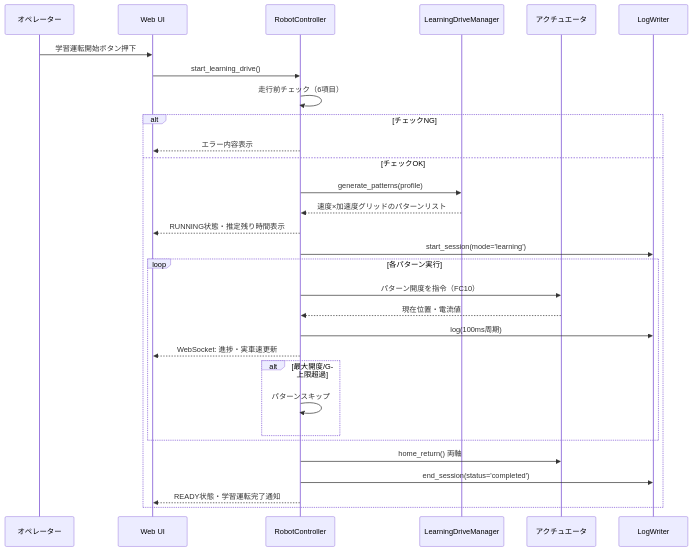
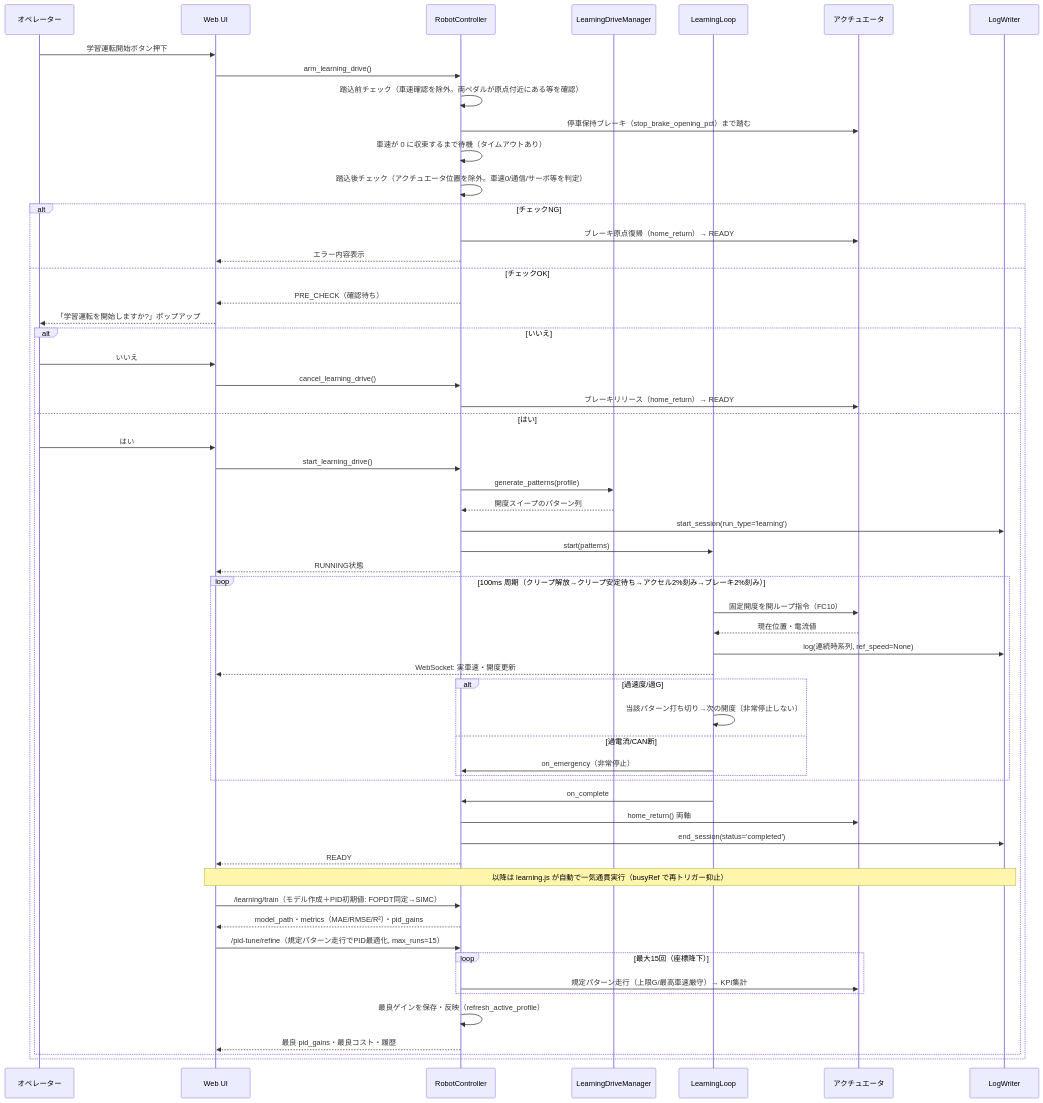
One commit to sskkusk1219/driving_robot changed the ninth of 10 diagrams in docs/functional-design.md. Above: the diagram before and after it, drawn with Mermaid. The commit also changed other lines of this file and 128 other files, not shown here.

````diff
--- a/docs/functional-design.md
+++ b/docs/functional-design.md
@@ -808,33 +963,61 @@
 ```mermaid
 sequenceDiagram
     participant Op as オペレーター
     participant UI as Web UI
     participant RC as RobotController
     participant LM as LearningDriveManager
+    participant LL as LearningLoop
     participant HW as アクチュエータ
     participant LW as LogWriter
 
     Op->>UI: 学習運転開始ボタン押下
-    UI->>RC: start_learning_drive()
-    RC->>RC: 走行前チェック（6項目）
+    UI->>RC: arm_learning_drive()
+    RC->>RC: 踏込前チェック（車速確認を除外。両ペダルが原点付近にある等を確認）
+    RC->>HW: 停車保持ブレーキ（stop_brake_opening_pct）まで踏む
+    RC->>RC: 車速が 0 に収束するまで待機（タイムアウトあり）
+    RC->>RC: 踏込後チェック（アクチュエータ位置を除外。車速0/通信/サーボ等を判定）
     alt チェックNG
+        RC->>HW: ブレーキ原点復帰（home_return）→ READY
         RC-->>UI: エラー内容表示
     else チェックOK
-        RC->>LM: generate_patterns(profile)
-        LM-->>RC: 速度×加速度グリッドのパターンリスト
-        RC-->>UI: RUNNING状態・推定残り時間表示
-        RC->>LW: start_session(mode='learning')
-        loop 各パターン実行
-            RC->>HW: パターン開度を指令（FC10）
-            HW-->>RC: 現在位置・電流値
-            RC->>LW: log(100ms周期)
-            RC-->>UI: WebSocket: 進捗・実車速更新
-            alt 最大開度/G上限超過
-                RC->>RC: パターンスキップ
+        RC-->>UI: PRE_CHECK（確認待ち）
+        UI-->>Op: 「学習運転を開始しますか?」ポップアップ
+        alt いいえ
+            Op->>UI: いいえ
+            UI->>RC: cancel_learning_drive()
+            RC->>HW: ブレーキリリース（home_return）→ READY
+        else はい
+            Op->>UI: はい
+            UI->>RC: start_learning_drive()
+            RC->>LM: generate_patterns(profile)
+            LM-->>RC: 開度スイープのパターン列
+            RC->>LW: start_session(run_type='learning')
+            RC->>LL: start(patterns)
+            RC-->>UI: RUNNING状態
+            loop 100ms 周期（クリープ解放→クリープ安定待ち→アクセル2%刻み→ブレーキ2%刻み）
+                LL->>HW: 固定開度を開ループ指令（FC10）
+                HW-->>LL: 現在位置・電流値
+                LL->>LW: log(連続時系列, ref_speed=None)
+                LL-->>UI: WebSocket: 実車速・開度更新
+                alt 過速度/過G
+                    LL->>LL: 当該パターン打ち切り→次の開度（非常停止しない）
+                else 過電流/CAN断
+                    LL->>RC: on_emergency（非常停止）
+                end
             end
+            LL->>RC: on_complete
+            RC->>HW: home_return() 両軸
+            RC->>LW: end_session(status='completed')
+            RC-->>UI: READY
+            Note over UI,LW: 以降は learning.js が自動で一気通貫実行（busyRef で再トリガー抑止）
+            UI->>RC: /learning/train（モデル作成＋PID初期値: FOPDT同定→SIMC）
+            RC-->>UI: model_path・metrics（MAE/RMSE/R²）・pid_gains
+            UI->>RC: /pid-tune/refine（規定パターン走行でPID最適化, max_runs=15）
+            loop 最大15回（座標降下）
+                RC->>HW: 規定パターン走行（上限G/最高車速厳守）→ KPI集計
+            end
+            RC->>RC: 最良ゲインを保存・反映（refresh_active_profile）
+            RC-->>UI: 最良 pid_gains・最良コスト・履歴
         end
-        RC->>HW: home_return() 両軸
-        RC->>LW: end_session(status='completed')
-        RC-->>UI: READY状態・学習運転完了通知
     end
 ```
````
